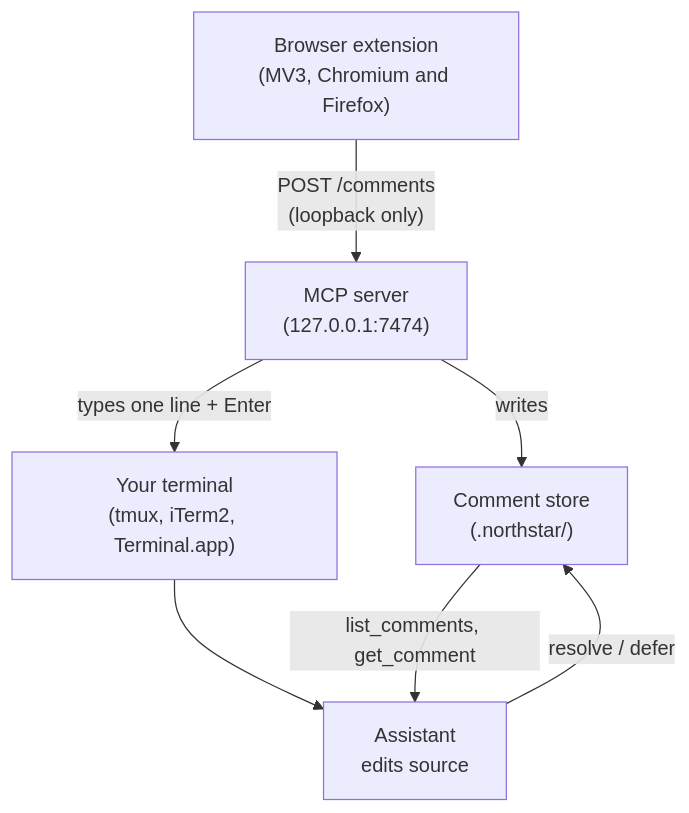
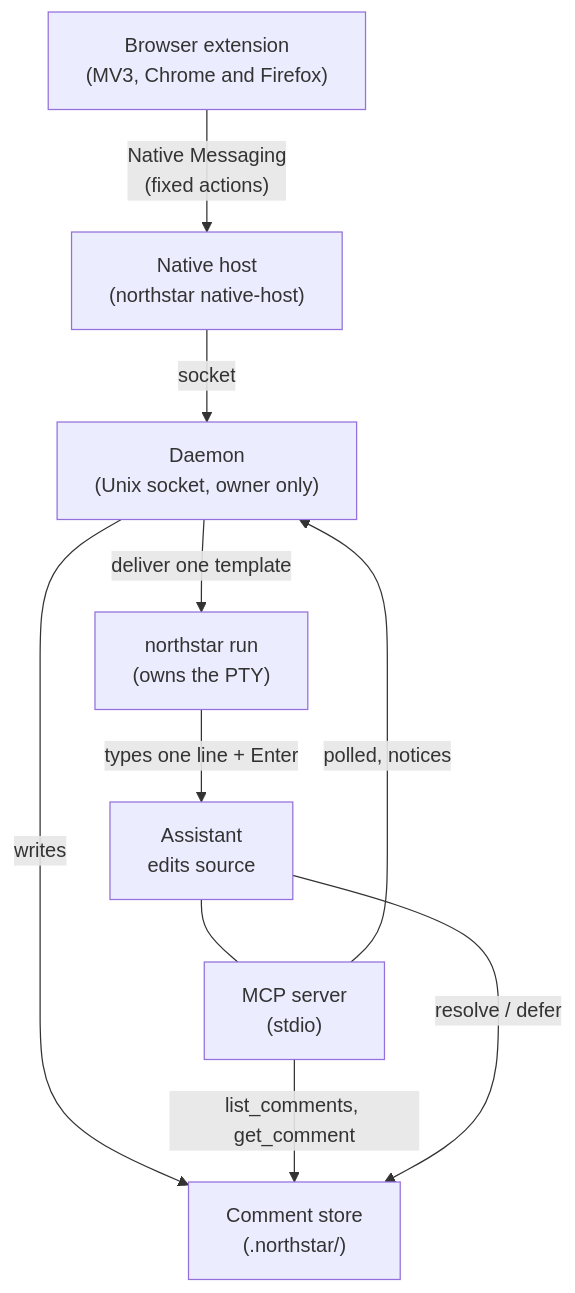
One commit to pallandir/northstar changed the diagram in README.md. Above: the diagram before and after it, drawn with Mermaid. The commit also changed other lines of this file and 149 other files, not shown here.

First line of the commit message:
feat(mcp): send to AI through owned PTY sessions over native messaging

````diff
--- a/README.md
+++ b/README.md
@@ -318,15 +343,20 @@
 ```mermaid
 flowchart TD
-    A["Browser extension\n(MV3, Chromium and Firefox)"]
-    B["MCP server\n(127.0.0.1:7474)"]
+    A["Browser extension\n(MV3, Chrome and Firefox)"]
+    H["Native host\n(northstar native-host)"]
+    D["Daemon\n(Unix socket, owner only)"]
     C["Comment store\n(.northstar/)"]
-    D["Your terminal\n(tmux, iTerm2, Terminal.app)"]
+    W["northstar run\n(owns the PTY)"]
     E["Assistant\nedits source"]
+    M["MCP server\n(stdio)"]
 
-    A -- "POST /comments\n(loopback only)" --> B
-    B -- "writes" --> C
-    B -- "types one line + Enter" --> D
-    D --> E
-    C -- "list_comments, get_comment" --> E
+    A -- "Native Messaging\n(fixed actions)" --> H
+    H -- "socket" --> D
+    D -- "writes" --> C
+    D -- "deliver one template" --> W
+    W -- "types one line + Enter" --> E
+    E --- M
+    M -- "list_comments, get_comment" --> C
+    M -- "polled, notices" --> D
     E -- "resolve / defer" --> C
 ```
````
